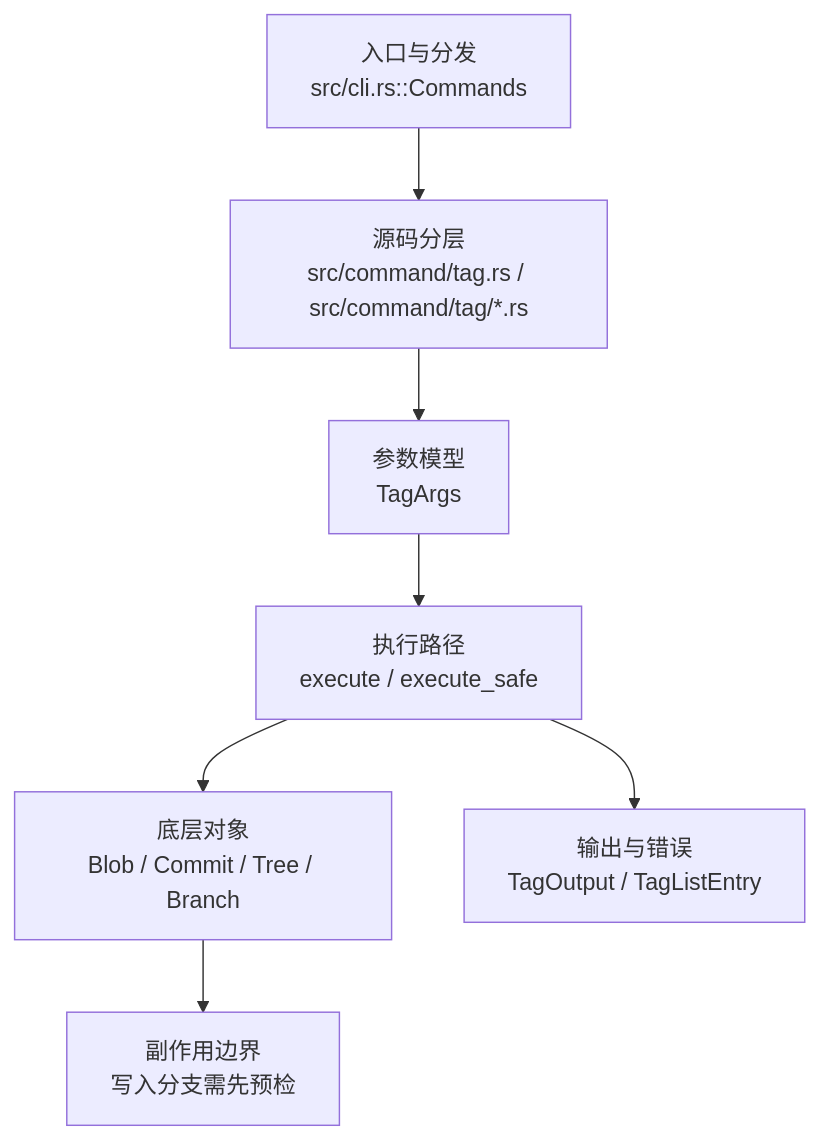
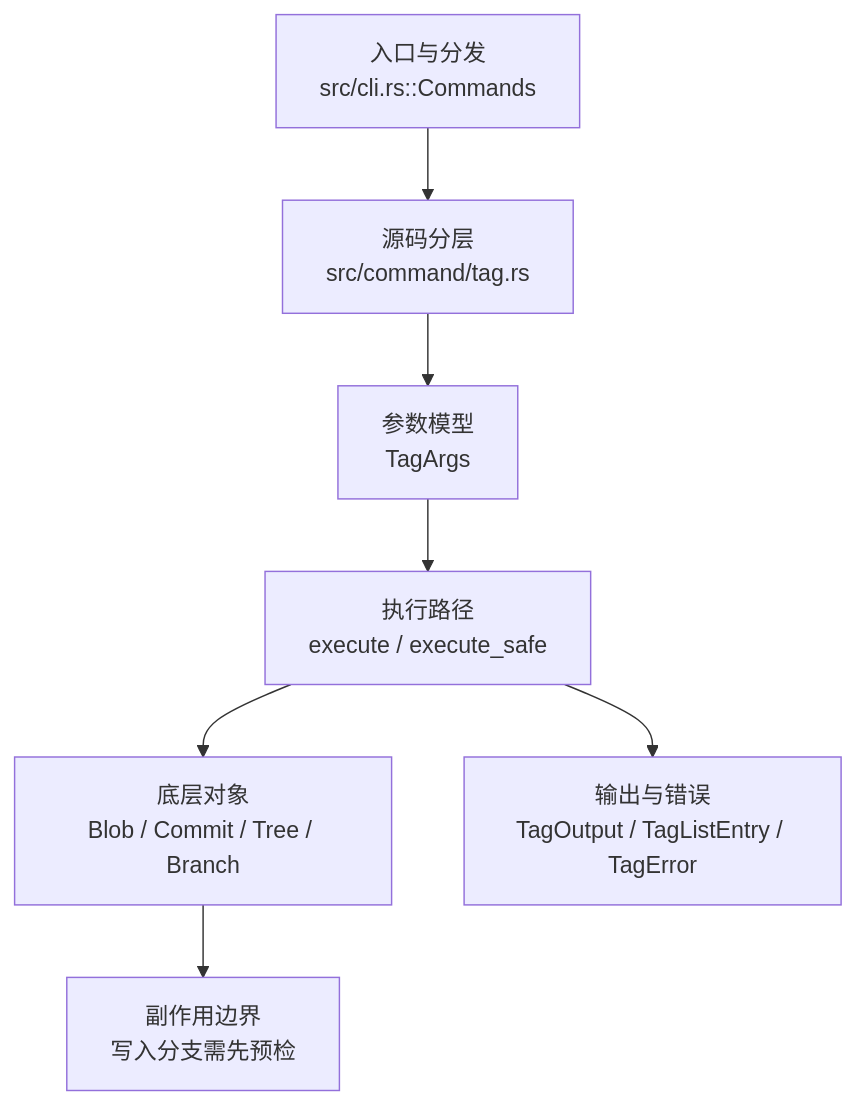
Before and after one commit to web3infra-foundation/libra: the diagram in docs/development/commands/tag.md, drawn with Mermaid. The commit also changed other lines of this file and 65 other files, not shown here.

First line of the commit message:
docs(commands): reconcile development command docs with current code

````diff
--- a/docs/development/commands/tag.md
+++ b/docs/development/commands/tag.md
@@ -22,9 +22,9 @@
 ```mermaid
 flowchart TD
-    A["入口与分发<br/>src/cli.rs::Commands"] --> B["源码分层<br/>src/command/tag.rs / src/command/tag/*.rs"]
+    A["入口与分发<br/>src/cli.rs::Commands"] --> B["源码分层<br/>src/command/tag.rs"]
     B --> C["参数模型<br/>TagArgs"]
     C --> D["执行路径<br/>execute / execute_safe"]
     D --> E["底层对象<br/>Blob / Commit / Tree / Branch"]
-    D --> F["输出与错误<br/>TagOutput / TagListEntry"]
+    D --> F["输出与错误<br/>TagOutput / TagListEntry / TagError"]
     E --> G["副作用边界<br/>写入分支需先预检"]
 ```
````
